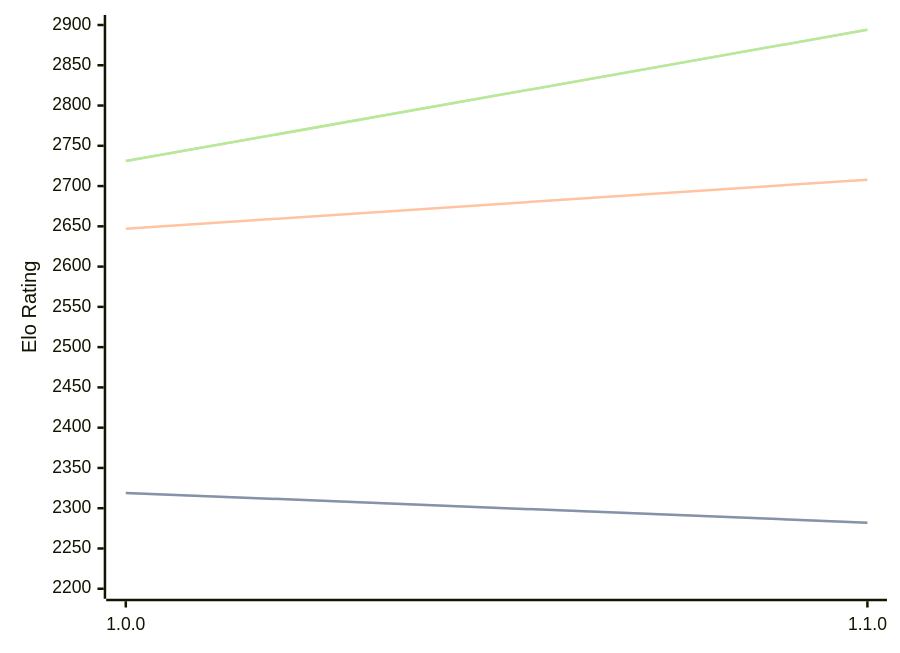
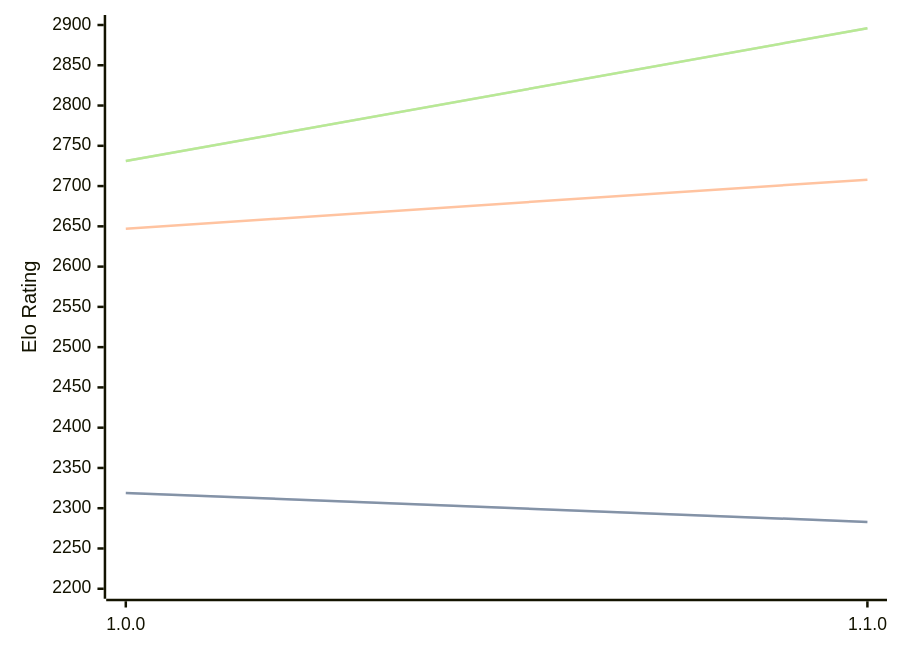
The first of 3 diagrams in engines/ShallowGuess.md (computer-chess-index/cci), drawn with Mermaid before and after one commit. The commit also changed other lines of this file, not shown here.

Commit message:
Update CCI Ratings (ELO VLTC) - 2026-06-16

````diff
--- a/engines/ShallowGuess.md
+++ b/engines/ShallowGuess.md
@@ -36,11 +36,11 @@
 ```mermaid
 %%{init: {"theme":"base","themeVariables":{"seriesColors:['#a3a3a3','#222221','#faa371']}}}%%
 xychart-beta
   x-axis ["1.0.0", "1.1.0"]
   y-axis "Elo Rating" 2200 --> 2900
-  line "STC (8.0+0.08s)" [2319, 2282]
-  line "STC (8.0+0.08s)" [2319, 2282]
+  line "STC (8.0+0.08s)" [2319, 2283]
+  line "STC (8.0+0.08s)" [2319, 2283]
   line "LTC (60.0+0.60s)" [2647, 2708]
-  line "VLTC (2m24s+1.12s)" [2731, 2894]
-  line "VLTC (2m24s+1.12s)" [2731, 2894]
+  line "VLTC (2m24s+1.12s)" [2731, 2896]
+  line "VLTC (2m24s+1.12s)" [2731, 2896]
 ```
````
